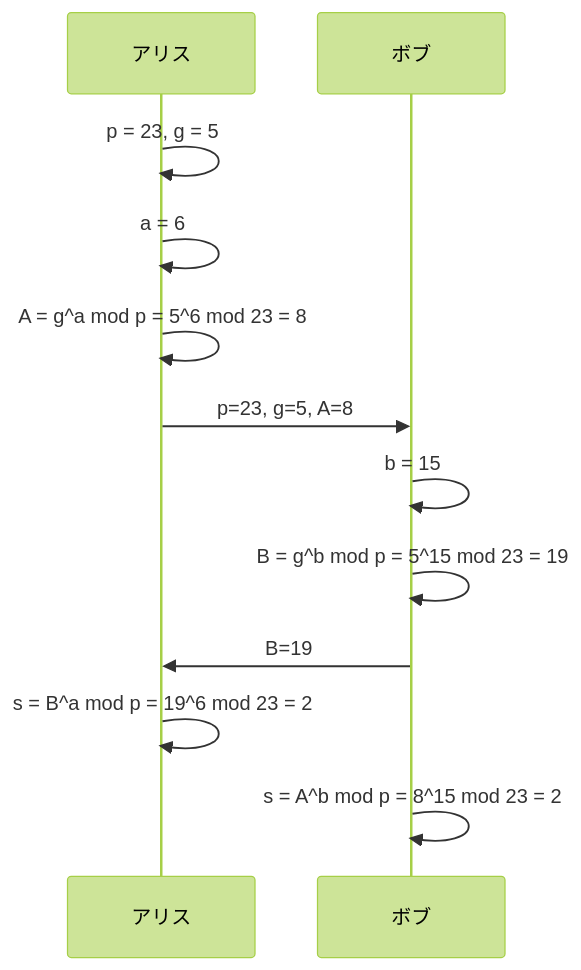
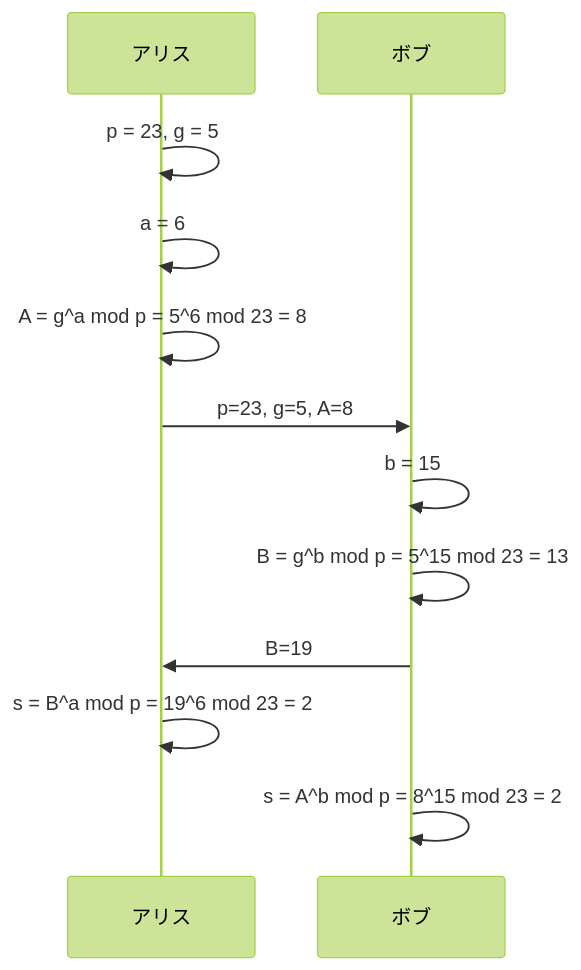
The diagram in source/appendix/pubkey.md (densuke/2025-network-doc), drawn with Mermaid (forest theme) before and after one commit.

````diff
--- a/source/appendix/pubkey.md
+++ b/source/appendix/pubkey.md
@@ -146,15 +146,15 @@
 ```{mermaid}
 sequenceDiagram
     participant Alice as アリス
     participant Bob as ボブ
 
     Alice->>Alice: p = 23, g = 5
     Alice->>Alice: a = 6
     Alice->>Alice: A = g^a mod p = 5^6 mod 23 = 8
     Alice->>Bob: p=23, g=5, A=8
     Bob->>Bob: b = 15
-    Bob->>Bob: B = g^b mod p = 5^15 mod 23 = 19
+    Bob->>Bob: B = g^b mod p = 5^15 mod 23 = 13
     Bob->>Alice: B=19
     Alice->>Alice: s = B^a mod p = 19^6 mod 23 = 2
     Bob->>Bob: s = A^b mod p = 8^15 mod 23 = 2
 ```
````
